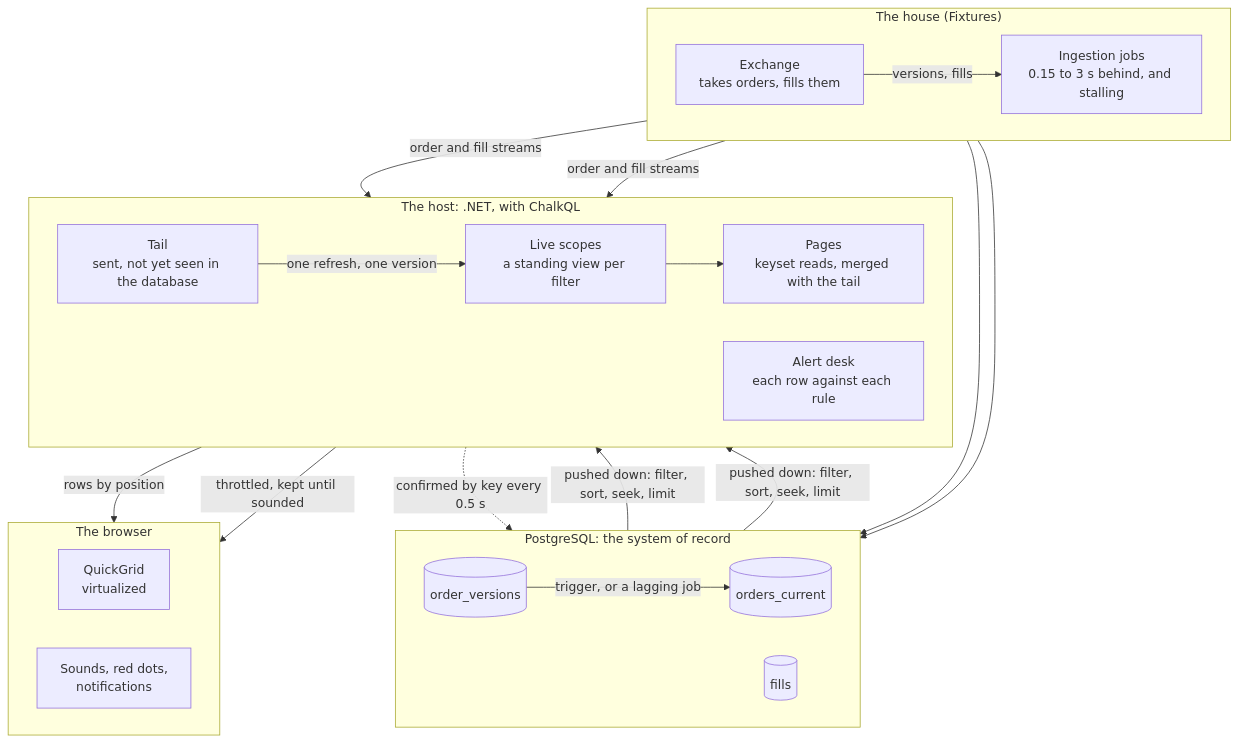
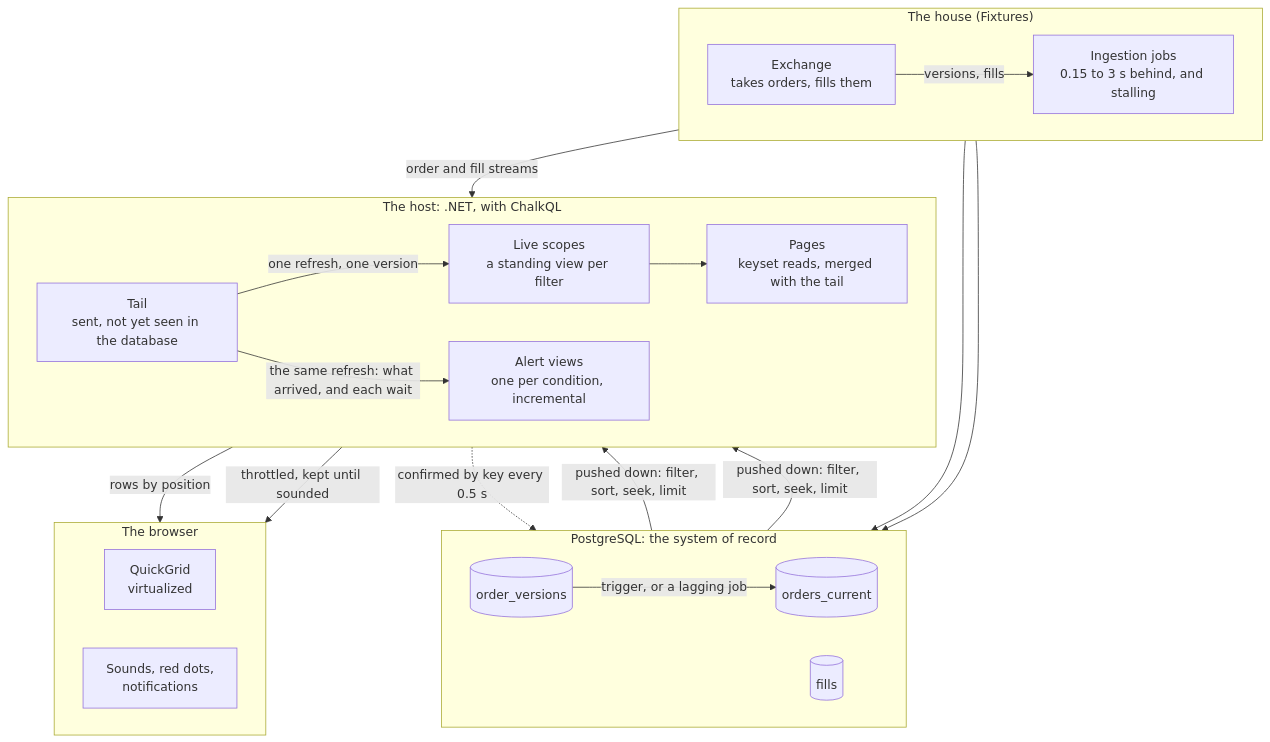
One commit to markhammond/chalkql changed the first of 2 diagrams in dotnet/samples/Chalk.Sample.Blotter/README.md. Above: the diagram before and after it, drawn with Mermaid. The commit also changed other lines of this file and 11 other files, not shown here.

First line of the commit message:
feat(blotter): Keep alerts as incremental views

````diff
--- a/dotnet/samples/Chalk.Sample.Blotter/README.md
+++ b/dotnet/samples/Chalk.Sample.Blotter/README.md
@@ -303,43 +298,43 @@
 ```mermaid
 flowchart TB
     subgraph House["The house (Fixtures)"]
         direction LR
         Exchange["Exchange<br/>takes orders, fills them"]
         Jobs["Ingestion jobs<br/>0.15 to 3 s behind, and stalling"]
         Exchange -->|"versions, fills"| Jobs
     end
 
     subgraph Database["PostgreSQL: the system of record"]
         direction LR
         Versions[("order_versions")]
         Current[("orders_current")]
         FillsTable[("fills")]
         Versions -->|"trigger, or a lagging job"| Current
     end
 
     subgraph Host["The host: .NET, with ChalkQL"]
         direction LR
         Tail["Tail<br/>sent, not yet seen in the database"]
         Scopes["Live scopes<br/>a standing view per filter"]
         Pages["Pages<br/>keyset reads, merged with the tail"]
-        Desk["Alert desk<br/>each row against each rule"]
+        Desk["Alert views<br/>one per condition, incremental"]
         Tail -->|"one refresh, one version"| Scopes
+        Tail -->|"the same refresh: what arrived, and each wait"| Desk
         Scopes --> Pages
     end
 
     subgraph Browser["The browser"]
         direction LR
         Grid["QuickGrid<br/>virtualized"]
         Alerts["Sounds, red dots,<br/>notifications"]
     end
 
     Jobs --> Versions
     Jobs --> FillsTable
     Exchange -->|"order and fill streams"| Tail
-    Exchange -->|"order and fill streams"| Desk
     Current -->|"pushed down: filter, sort, seek, limit"| Pages
     FillsTable -->|"pushed down: filter, sort, seek, limit"| Pages
     Tail -.->|"confirmed by key every 0.5 s"| Current
     Pages -->|"rows by position"| Grid
     Desk -->|"throttled, kept until sounded"| Alerts
 ```
````
